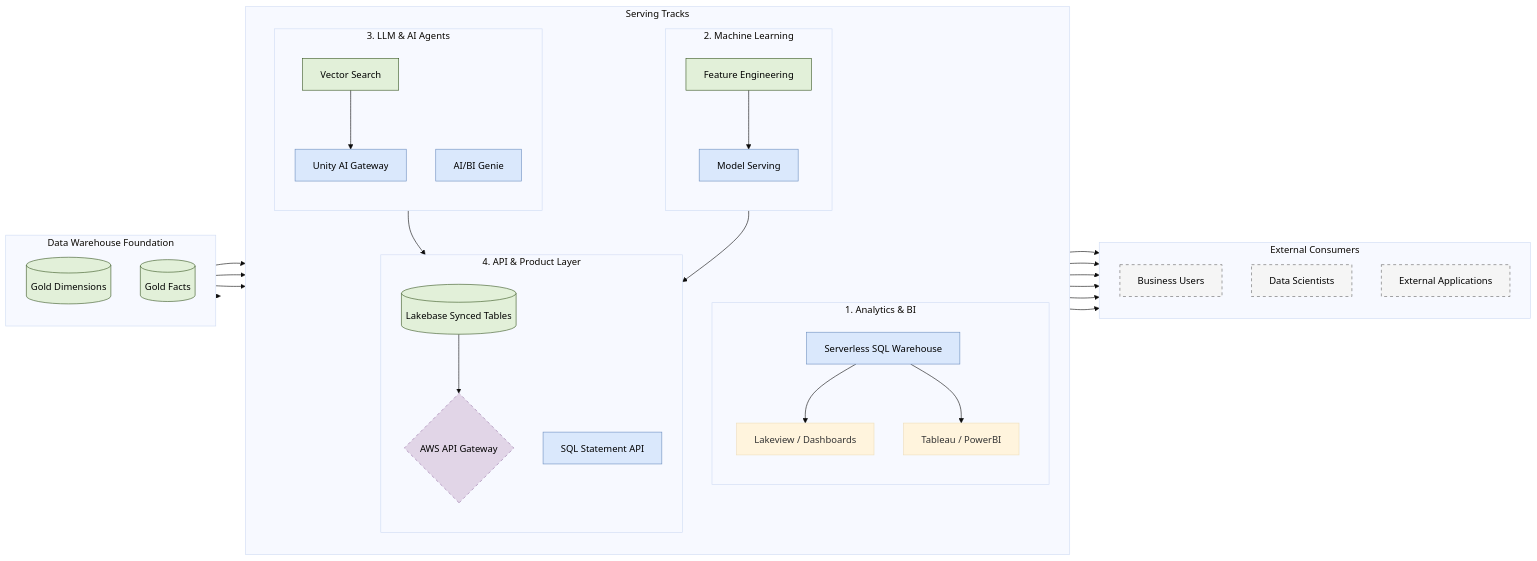
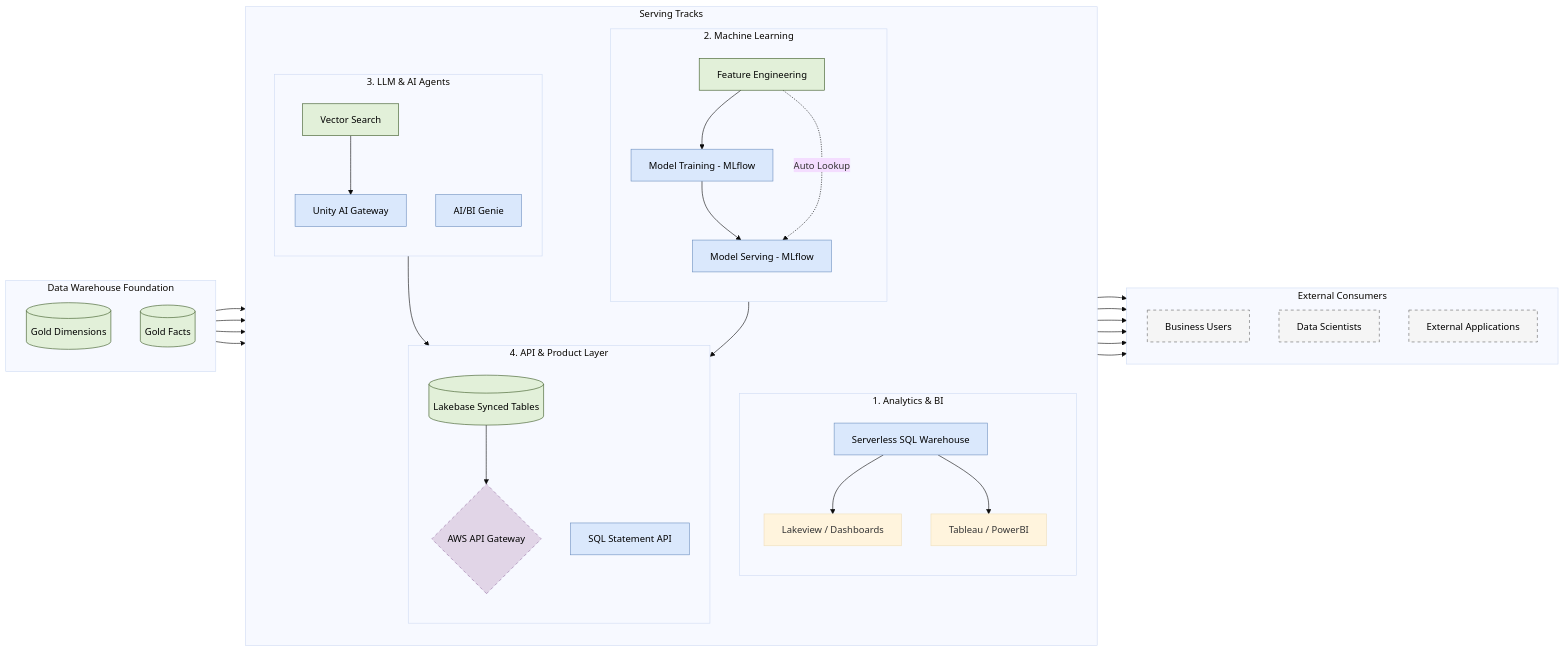
Before and after one commit to toanbui626391/data_architect: the diagram in databricks/serving_architecture.md, drawn with Mermaid (base theme).

````diff
--- a/databricks/serving_architecture.md
+++ b/databricks/serving_architecture.md
@@ -22,76 +22,79 @@
 ```mermaid
 flowchart LR
     subgraph Foundation [Data Warehouse Foundation]
         direction TB
         GoldDim[(Gold Dimensions)]
         GoldFact[(Gold Facts)]
     end
 
     subgraph Tracks [Serving Tracks]
         direction TB
 
         subgraph Analytics [1. Analytics & BI]
             direction TB
             SQLWH[Serverless SQL Warehouse]
             Lakeview[Lakeview / Dashboards]
             ExtBI[Tableau / PowerBI]
             SQLWH --> Lakeview & ExtBI
         end
 
         subgraph ML [2. Machine Learning]
             direction TB
             FeatureStore[Feature Engineering]
-            ModelServing[Model Serving]
-            FeatureStore --> ModelServing
+            ModelTraining[Model Training - MLflow]
+            ModelServing[Model Serving - MLflow]
+            FeatureStore --> ModelTraining
+            ModelTraining --> ModelServing
+            FeatureStore -.->|Auto Lookup| ModelServing
         end
 
         subgraph AI [3. LLM & AI Agents]
             direction TB
             VectorSearch[Vector Search]
             UnityAIGW[Unity AI Gateway]
             Genie[AI/BI Genie]
             VectorSearch --> UnityAIGW
         end
 
         subgraph APILayer [4. API & Product Layer]
             direction TB
             Lakebase[(Lakebase Synced Tables)]
             SQLAPI[SQL Statement API]
             AWSAPIGW{AWS API Gateway}
             Lakebase --> AWSAPIGW
         end
     end
 
     subgraph Consumers [External Consumers]
         direction TB
         BizUsers[Business Users]
         DataSci[Data Scientists]
         ExtApps[External Applications]
     end
 
     %% Main Data Flows
     Foundation --> Analytics
     Foundation --> ML
     Foundation --> AI
     Foundation --> APILayer
 
     %% Specific Integration Flows
     ModelServing --> AWSAPIGW
     UnityAIGW --> AWSAPIGW
 
     %% Consumer Access
     Lakeview & ExtBI & Genie --> BizUsers
     AWSAPIGW & SQLAPI --> ExtApps
     ModelServing --> DataSci
 
     %% Class Definitions
     classDef storage fill:#e2f0d9,stroke:#385723,stroke-width:1px,color:#000;
     classDef process fill:#dae8fc,stroke:#6c8ebf,stroke-width:1px,color:#000;
     classDef monitor fill:#f5f5f5,stroke:#666,stroke-width:1px,color:#000,stroke-dasharray: 5 5;
     classDef security fill:#e1d5e7,stroke:#9673a6,stroke-width:1px,color:#000,stroke-dasharray: 5 5;
 
     class GoldDim,GoldFact,FeatureStore,VectorSearch,Lakebase storage;
-    class SQLWH,ModelServing,UnityAIGW,Genie,SQLAPI process;
+    class SQLWH,ModelServing,ModelTraining,UnityAIGW,Genie,SQLAPI process;
     class AWSAPIGW security;
     class BizUsers,DataSci,ExtApps monitor;
 ```
````
